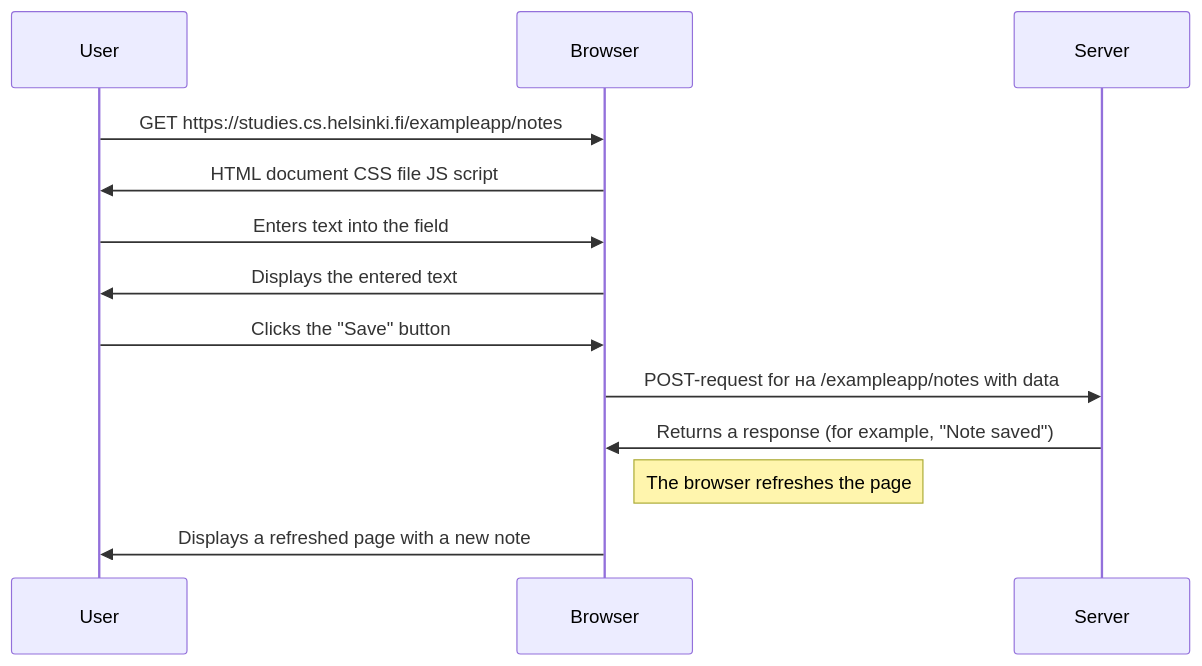
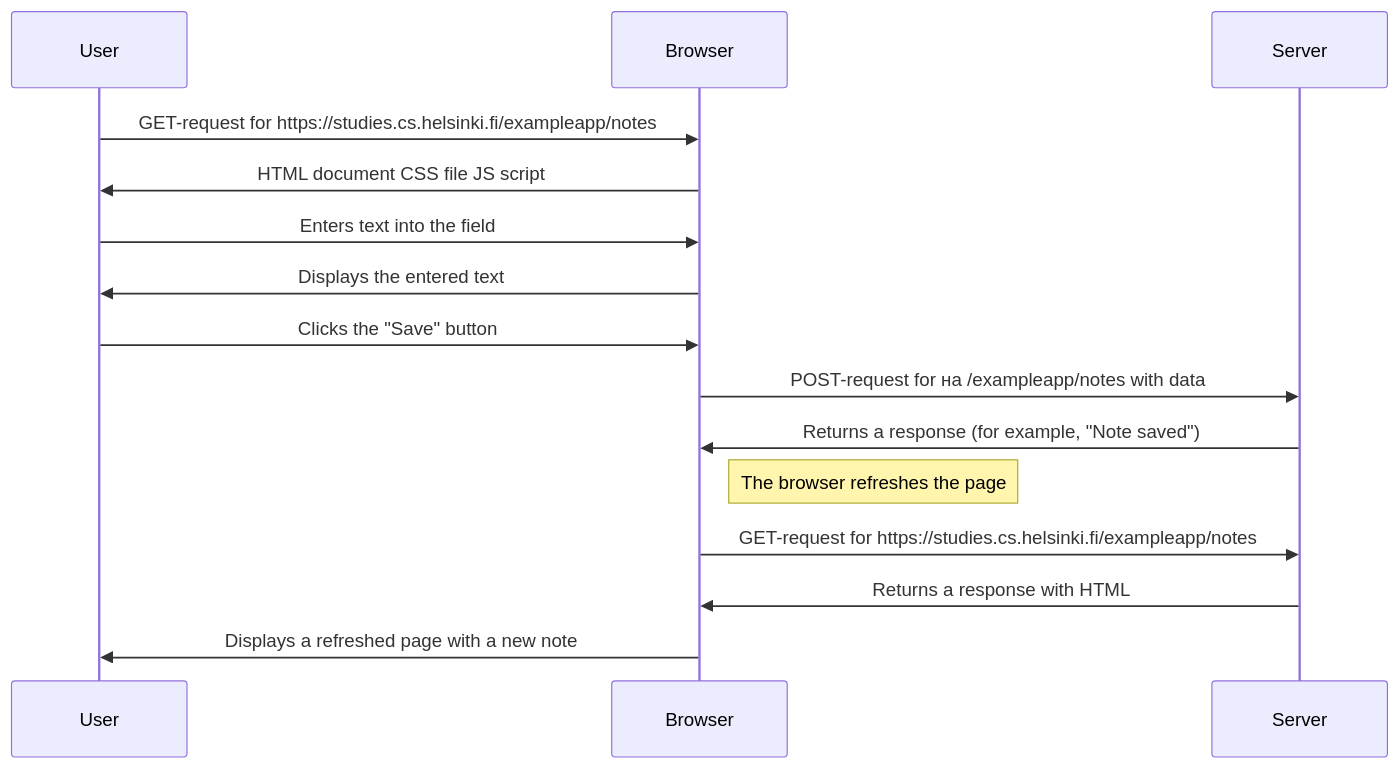
The diagram in README.md (iFrodo/fullstackopen), drawn with Mermaid before and after one commit.

````diff
--- a/README.md
+++ b/README.md
@@ -1,21 +1,23 @@
 ``` mermaid
 sequenceDiagram
     participant User
     participant Browser
     participant Server
 
-    User->>Browser: GET https://studies.cs.helsinki.fi/exampleapp/notes
+    User->>Browser: GET-request for https://studies.cs.helsinki.fi/exampleapp/notes
     Browser->>User: HTML document CSS file JS script 
 
     User->>Browser: Enters text into the field
     Browser->>User: Displays the entered text
 
     User->>Browser: Clicks the "Save" button
     Browser->>Server: POST-request for на /exampleapp/notes with data
     Server->>Browser: Returns a response (for example, "Note saved")
 
     Note right of Browser: The browser refreshes the page
+    Browser->>Server: GET-request for https://studies.cs.helsinki.fi/exampleapp/notes
+    Server->>Browser: Returns a response with HTML
     Browser->>User: Displays a refreshed page with a new note
 
 
 ```
````
